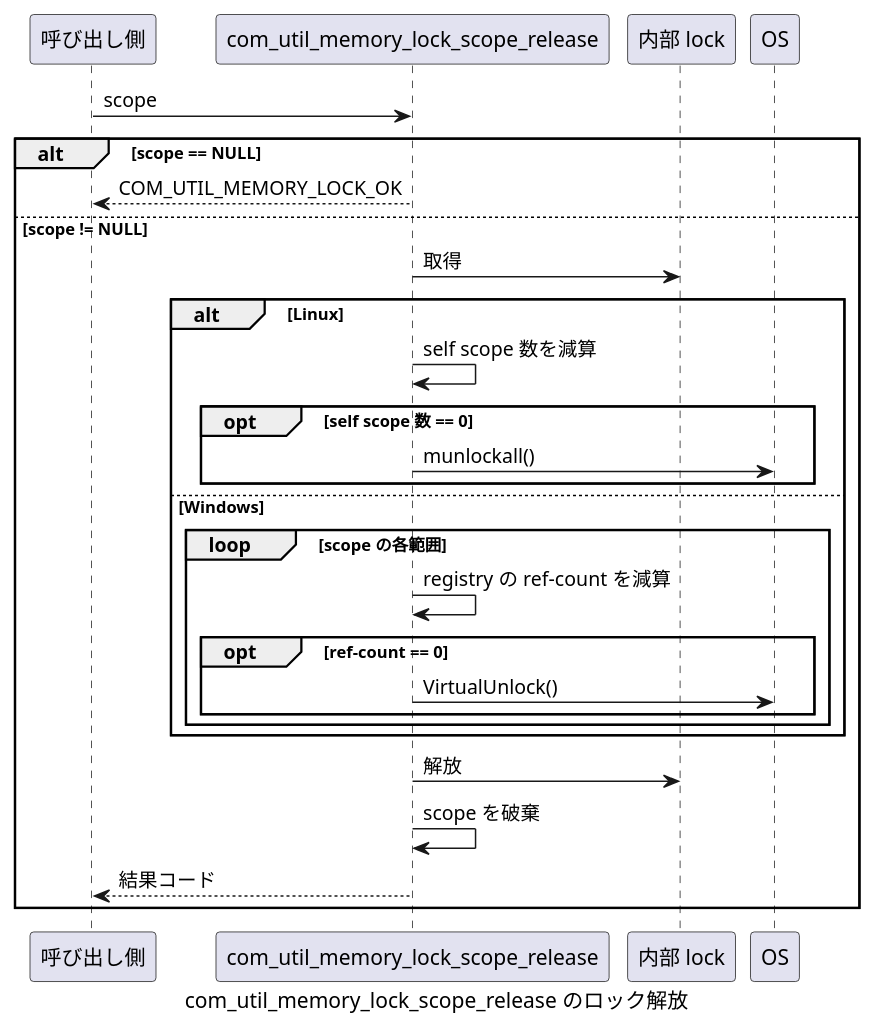
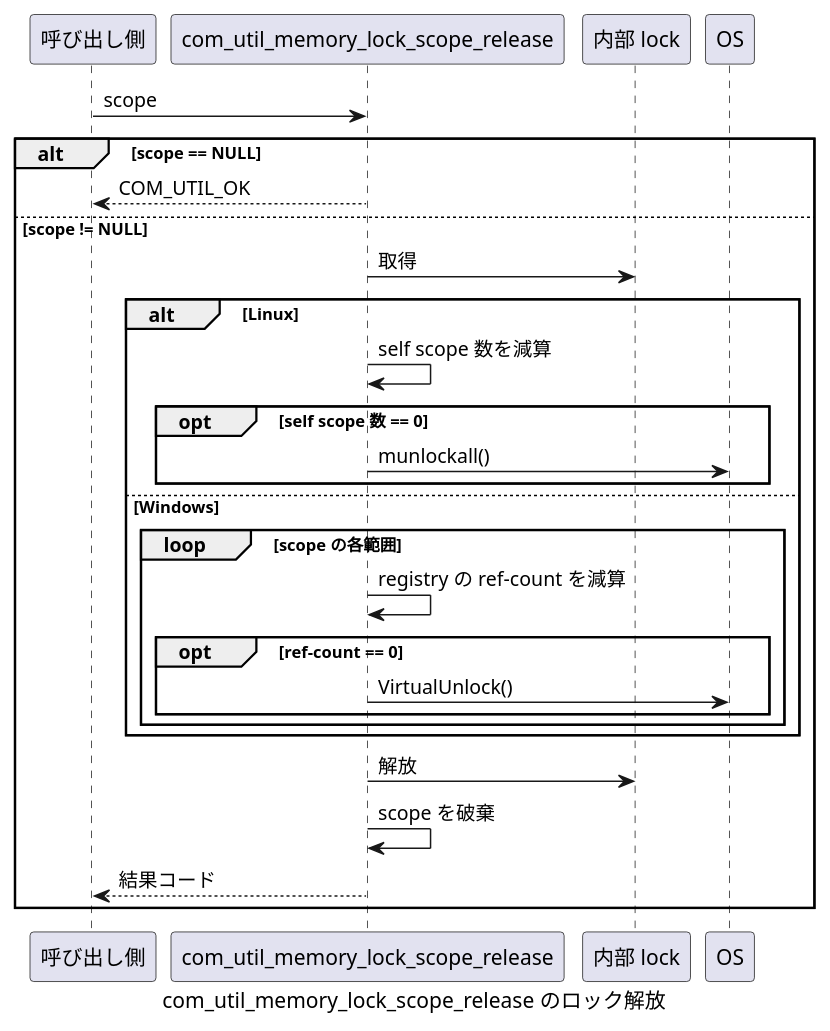
Before and after one commit to Hondarer/app_c-platform: the second of 2 diagrams in docs/memory-lock.md, drawn with PlantUML. The commit also changed other lines of this file and 171 other files, not shown here.

````diff
--- a/docs/memory-lock.md
+++ b/docs/memory-lock.md
@@ -128,32 +128,32 @@
 ```plantuml
 @startuml com_util_memory_lock_scope_release のロック解放
 caption com_util_memory_lock_scope_release のロック解放
 participant "呼び出し側" as Caller
 participant "com_util_memory_lock_scope_release" as API
 participant "内部 lock" as Lock
 participant "OS" as OS
 
 Caller -> API : scope
 alt scope == NULL
-    API --> Caller : COM_UTIL_MEMORY_LOCK_OK
+    API --> Caller : COM_UTIL_OK
 else scope != NULL
     API -> Lock : 取得
     alt Linux
         API -> API : self scope 数を減算
         opt self scope 数 == 0
             API -> OS : munlockall()
         end
     else Windows
         loop scope の各範囲
             API -> API : registry の ref-count を減算
             opt ref-count == 0
                 API -> OS : VirtualUnlock()
             end
         end
     end
     API -> Lock : 解放
     API -> API : scope を破棄
     API --> Caller : 結果コード
 end
 @enduml
 ```
````
